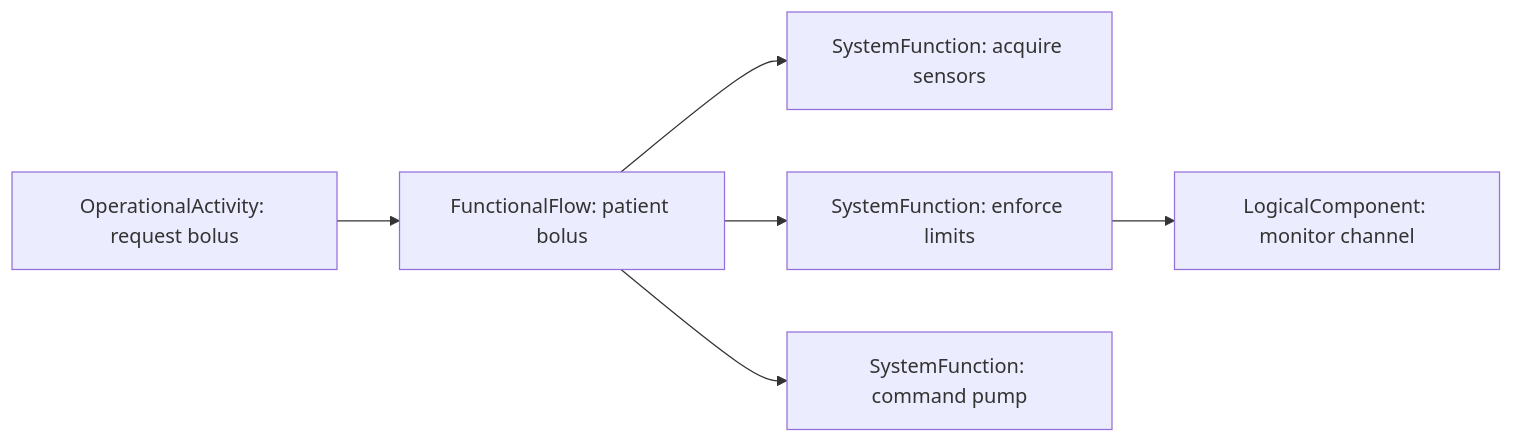
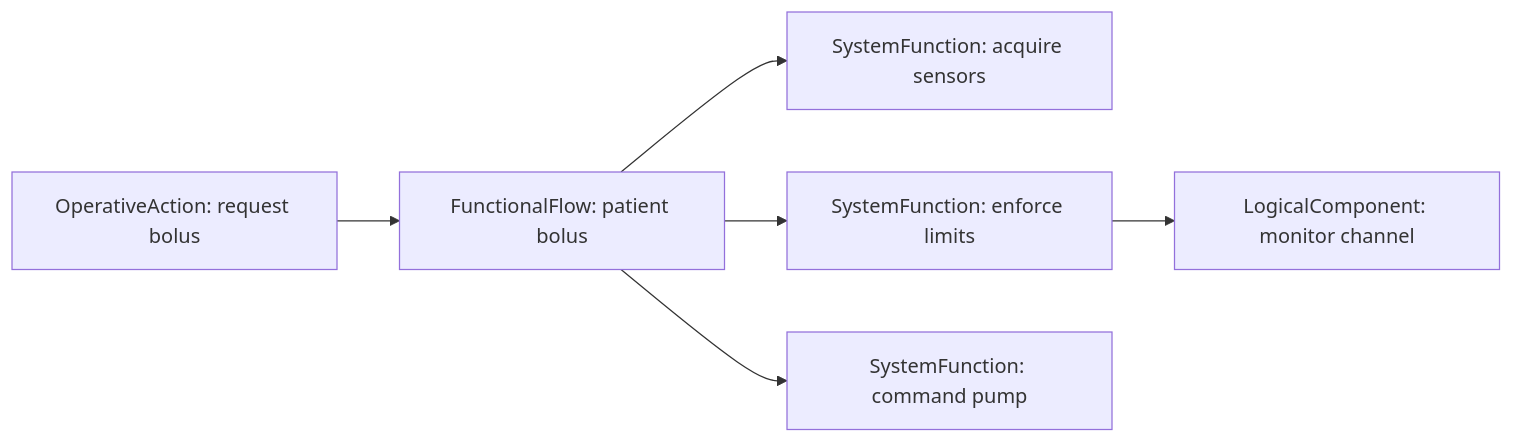
Before and after one commit to memoarchitect/memo: the diagram in docs/layers/operations-system.md, drawn with Mermaid. The commit also changed other lines of this file and 11 other files, not shown here.

First line of the commit message:
Docs: two levels, activity to function; stdlib wrappers carry the control and sequence functions

````diff
--- a/docs/layers/operations-system.md
+++ b/docs/layers/operations-system.md
@@ -58,8 +67,8 @@
 ```mermaid
 flowchart LR
-    Bolus[OperationalActivity: request bolus] --> Chain[FunctionalFlow: patient bolus]
+    Bolus[OperativeAction: request bolus] --> Chain[FunctionalFlow: patient bolus]
     Chain --> Sense[SystemFunction: acquire sensors]
     Chain --> Limit[SystemFunction: enforce limits]
     Chain --> Command[SystemFunction: command pump]
     Limit --> Logical[LogicalComponent: monitor channel]
 ```
````
